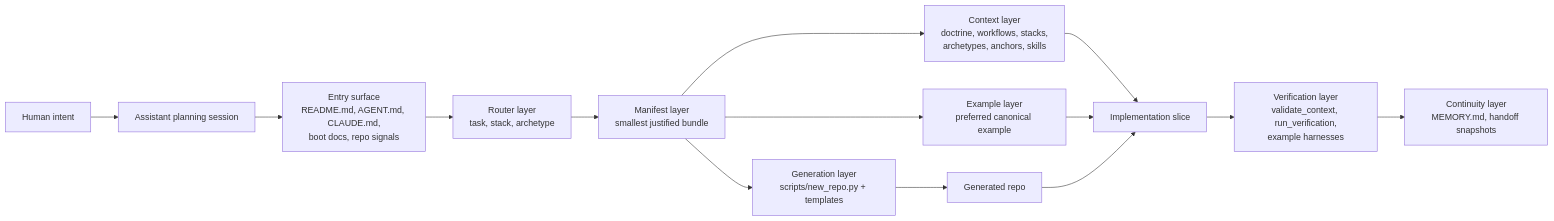
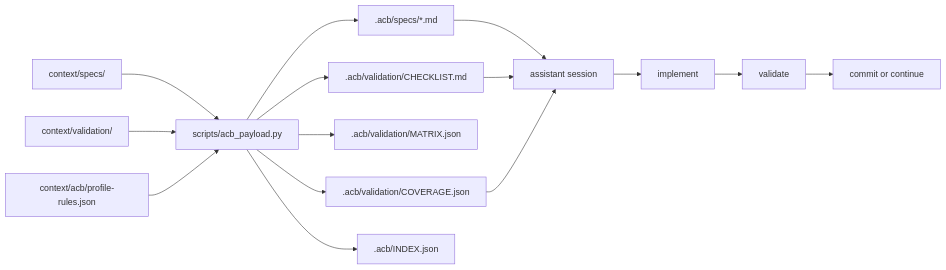
Before and after one commit to someflydev/agent-context-base: the first of 4 diagrams in docs/ARCHITECTURE_MAP.md, drawn with Mermaid. The commit also changed other lines of this file and 12 other files, not shown here.

Commit message:
[PROMPT_88] Rewrite docs around .acb startup and verification

````diff
--- a/docs/ARCHITECTURE_MAP.md
+++ b/docs/ARCHITECTURE_MAP.md
@@ -9,16 +15,17 @@
 ```mermaid
 flowchart LR
-    A[Human intent] --> B[Assistant planning session]
-    B --> C[Entry surface<br/>README.md, AGENT.md, CLAUDE.md,<br/>boot docs, repo signals]
-    C --> D[Router layer<br/>task, stack, archetype]
-    D --> E[Manifest layer<br/>smallest justified bundle]
-    E --> F[Context layer<br/>doctrine, workflows, stacks,<br/>archetypes, anchors, skills]
-    E --> G[Example layer<br/>preferred canonical example]
-    F --> H[Implementation slice]
-    G --> H
-    E --> I[Generation layer<br/>scripts/new_repo.py + templates]
-    I --> J[Generated repo]
-    J --> H
-    H --> K[Verification layer<br/>validate_context, run_verification,<br/>example harnesses]
-    K --> L[Continuity layer<br/>MEMORY.md, handoff snapshots]
+    A[context/specs/] --> D[scripts/acb_payload.py]
+    B[context/validation/] --> D
+    C[context/acb/profile-rules.json] --> D
+    D --> E[.acb/specs/*.md]
+    D --> F[.acb/validation/CHECKLIST.md]
+    D --> G[.acb/validation/MATRIX.json]
+    D --> H[.acb/validation/COVERAGE.json]
+    D --> I[.acb/INDEX.json]
+    E --> J[assistant session]
+    F --> J
+    H --> J
+    J --> K[implement]
+    K --> L[validate]
+    L --> M[commit or continue]
 ```
````
